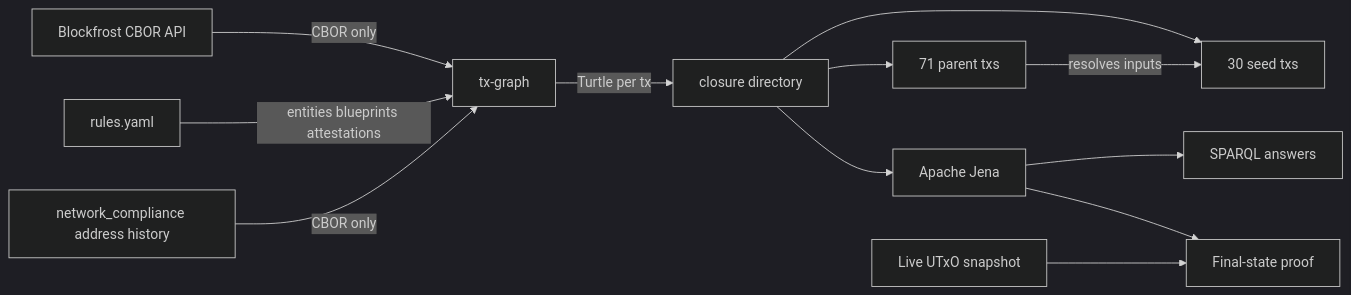
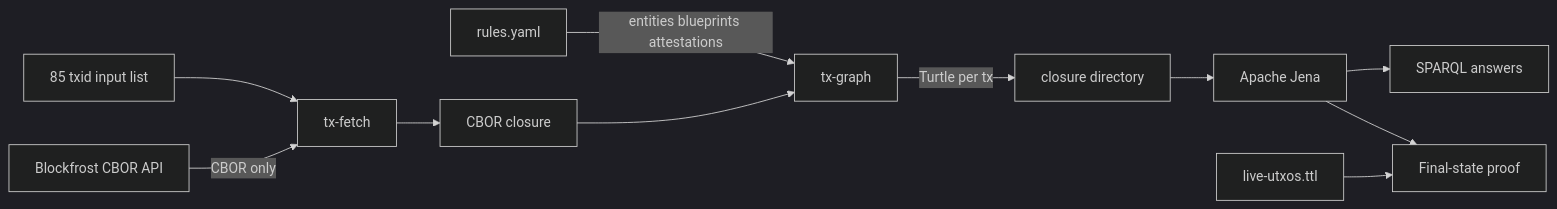
Before and after one commit to lambdasistemi/cardano-tx-tools: the diagram in docs/may-2026-amaru-lattice.md, drawn with Mermaid (dark theme). The commit also changed other lines of this file and 3 other files, not shown here.

Commit message:
docs: switch May proof to network tx graph

````diff
--- a/docs/may-2026-amaru-lattice.md
+++ b/docs/may-2026-amaru-lattice.md
@@ -33,26 +38,25 @@
 ```mermaid
 flowchart LR
   blockfrost[Blockfrost CBOR API]
+  txfetch[tx-fetch]
+  cbor[CBOR closure]
   txgraph[tx-graph]
   rules[rules.yaml]
   closure[closure directory]
-  seeds[30 seed txs]
-  parents[71 parent txs]
-  history[network_compliance address history]
-  live[Live UTxO snapshot]
+  scope[85 txid input list]
+  live[live-utxos.ttl]
   jena[Apache Jena]
   answers[SPARQL answers]
   final[Final-state proof]
 
-  blockfrost -->|CBOR only| txgraph
+  scope --> txfetch
+  blockfrost -->|CBOR only| txfetch
+  txfetch --> cbor
   rules -->|entities blueprints attestations| txgraph
+  cbor --> txgraph
   txgraph -->|Turtle per tx| closure
-  closure --> seeds
-  closure --> parents
-  parents -->|resolves inputs| seeds
-  history -->|CBOR only| txgraph
   closure --> jena
   jena --> answers
   jena --> final
   live --> final
 ```
````
